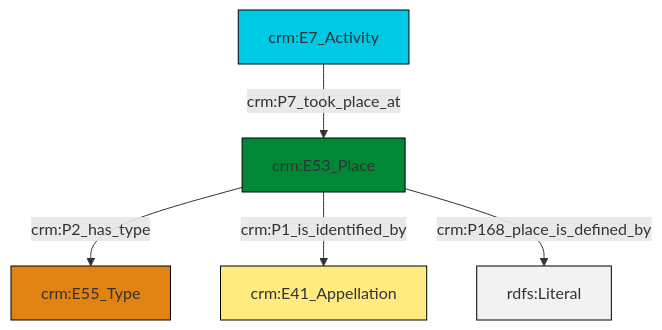
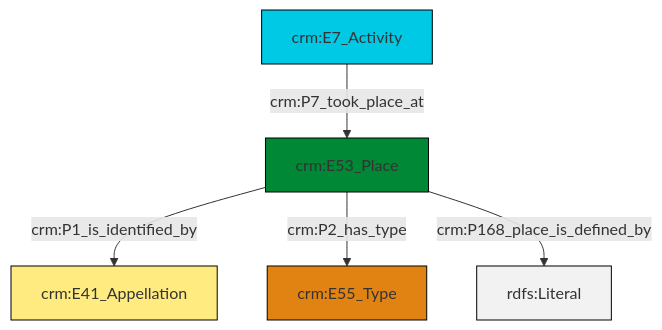
Before and after one commit to swiss-art-research-net/reference-data-models: the diagram in et/eventCSV/ttl/mmd/event_location.ttl.mmd, drawn with Mermaid. The commit also changed 125 other files, not shown here.

```diff
--- a/et/eventCSV/ttl/mmd/event_location.ttl.mmd
+++ b/et/eventCSV/ttl/mmd/event_location.ttl.mmd
@@ -1,19 +1,19 @@
 graph TD
 classDef Literal fill:#f2f2f2,stroke:#000000;
 classDef CRM_Entity fill:#FFFFFF,stroke:#000000;
 classDef Temporal_Entity fill:#00C9E6, stroke:#000000;
 classDef Type fill:#E18312, stroke:#000000;
 classDef Time-Span fill:#2C9C91, stroke:#000000;
 classDef Appellation fill:#FFEB7F, stroke:#000000;
 classDef Place fill:#008836, stroke:#000000;
 classDef Persistent_Item fill:#B266B2, stroke:#000000;
 classDef Conceptual_Object fill:#FFD700, stroke:#000000;
 classDef Physical_Thing fill:#D2B48C, stroke:#000000;
 classDef Actor fill:#f58aad, stroke:#000000;
 classDef PC_Classes fill:#4ce600, stroke:#000000;
 classDef Multi fill:#cccccc,stroke:#000000;
 
-0["crm:E53_Place"]:::Place -->|crm:P2_has_type| 2["crm:E55_Type"]:::Type
-3["crm:E7_Activity"]:::Temporal_Entity -->|crm:P7_took_place_at| 0["crm:E53_Place"]:::Place
-0["crm:E53_Place"]:::Place -->|crm:P1_is_identified_by| 5["crm:E41_Appellation"]:::Appellation
-0["crm:E53_Place"]:::Place -->|crm:P168_place_is_defined_by| 8[rdfs:Literal]:::Literal
+4["crm:E53_Place"]:::Place -->|crm:P1_is_identified_by| 6["crm:E41_Appellation"]:::Appellation
+2["crm:E7_Activity"]:::Temporal_Entity -->|crm:P7_took_place_at| 4["crm:E53_Place"]:::Place
+4["crm:E53_Place"]:::Place -->|crm:P2_has_type| 0["crm:E55_Type"]:::Type
+4["crm:E53_Place"]:::Place -->|crm:P168_place_is_defined_by| 7[rdfs:Literal]:::Literal
```
